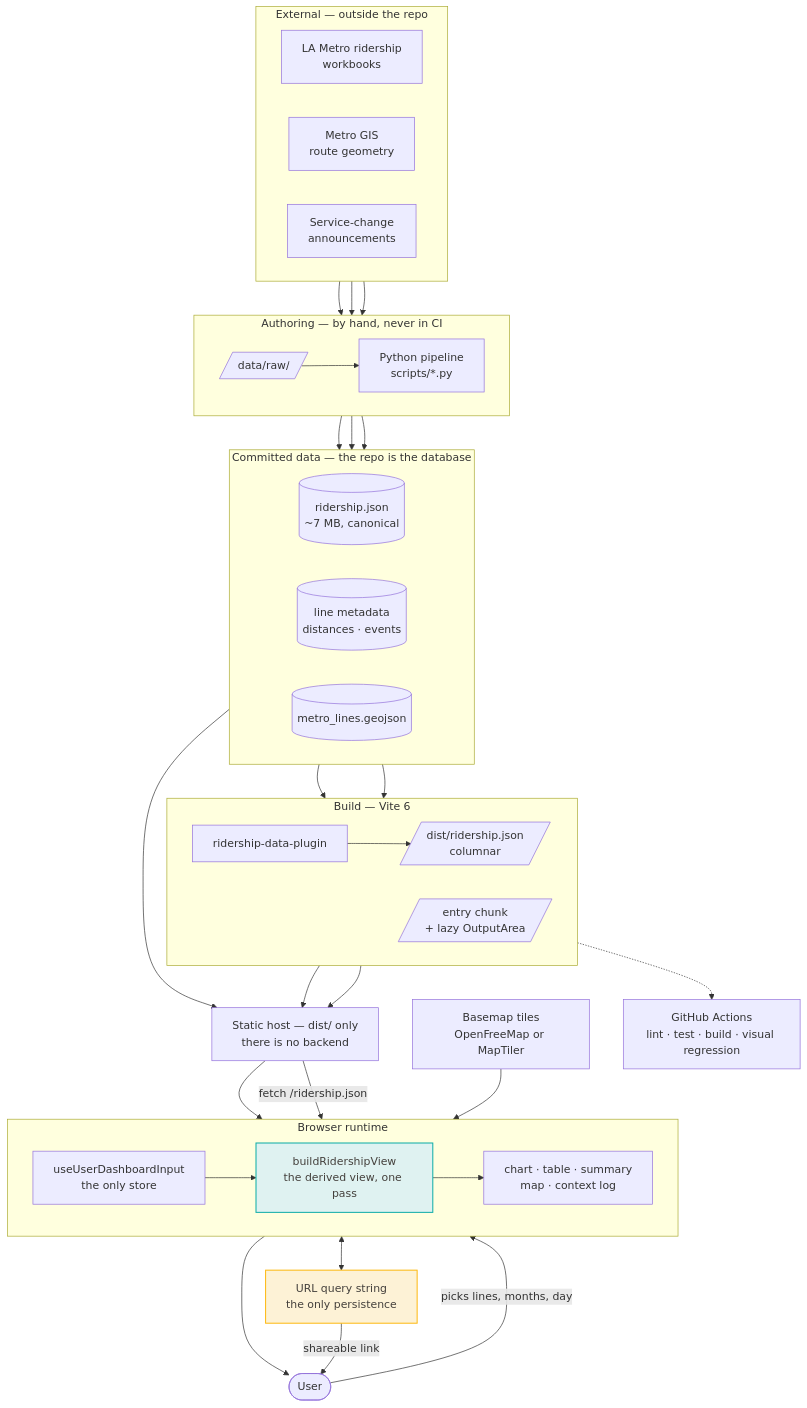
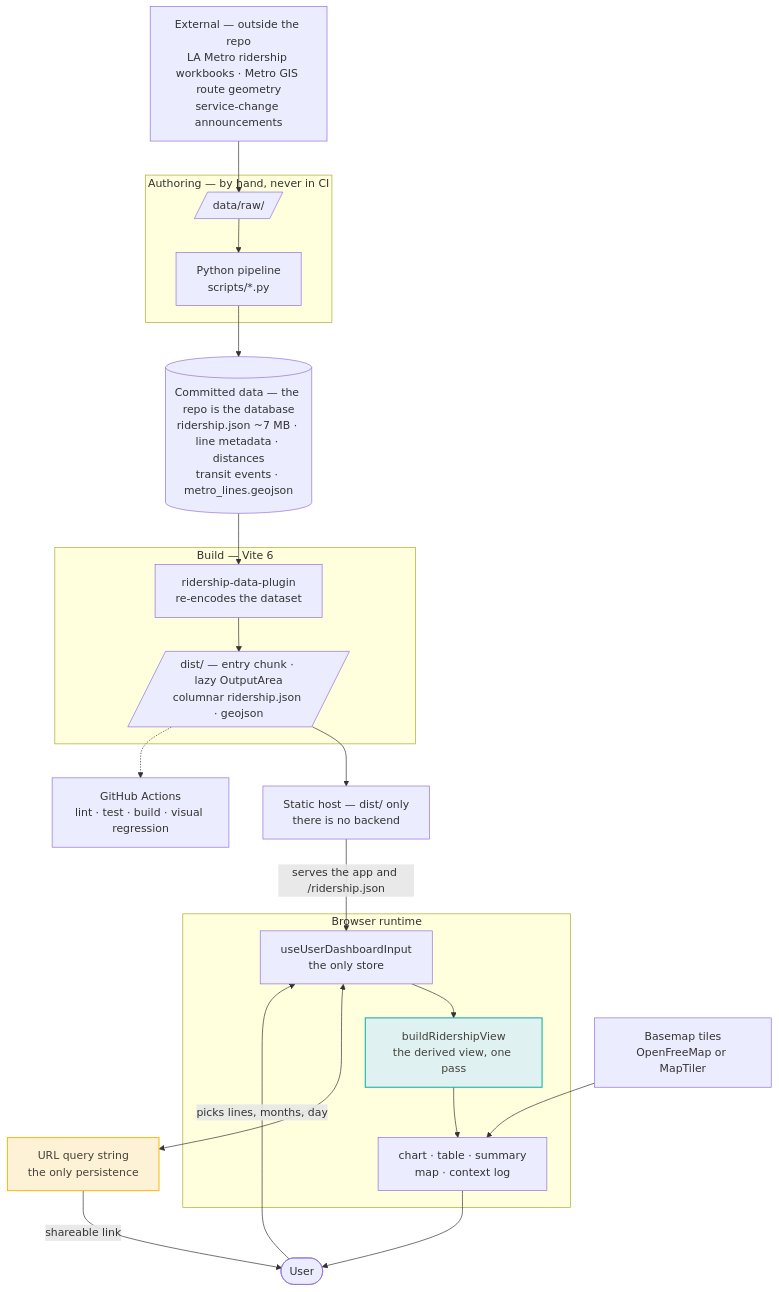
The diagram in docs/architecture/mermaid/01-whole-system.mmd (streetsforall/metro_ridership_app), drawn with Mermaid before and after one commit. The commit also changed 9 other files, not shown here.

```diff
--- a/docs/architecture/mermaid/01-whole-system.mmd
+++ b/docs/architecture/mermaid/01-whole-system.mmd
@@ -1,73 +1,49 @@
 flowchart TB
-  subgraph ext["External — outside the repo"]
-    direction LR
-    metroXlsx["LA Metro ridership<br/>workbooks"]
-    metroGis["Metro GIS<br/>route geometry"]
-    announce["Service-change<br/>announcements"]
-  end
+  ext["External — outside the repo<br/>LA Metro ridership workbooks · Metro GIS route geometry<br/>service-change announcements"]
 
   subgraph authoring["Authoring — by hand, never in CI"]
-    direction LR
     raw[/"data/raw/"/]
     py["Python pipeline<br/>scripts/*.py"]
     raw --> py
   end
 
-  subgraph committed["Committed data — the repo is the database"]
-    direction LR
-    canonical[("ridership.json<br/>~7 MB, canonical")]
-    meta[("line metadata<br/>distances · events")]
-    geo[("metro_lines.geojson")]
-  end
+  committed[("Committed data — the repo is the database<br/>ridership.json ~7 MB · line metadata · distances<br/>transit events · metro_lines.geojson")]
 
   subgraph build["Build — Vite 6"]
-    direction LR
-    plugin["ridership-data-plugin"]
-    columnar[/"dist/ridership.json<br/>columnar"/]
-    chunks[/"entry chunk<br/>+ lazy OutputArea"/]
-    plugin --> columnar
+    plugin["ridership-data-plugin<br/>re-encodes the dataset"]
+    dist[/"dist/ — entry chunk · lazy OutputArea<br/>columnar ridership.json · geojson"/]
+    plugin --> dist
   end
 
   host["Static host — dist/ only<br/>there is no backend"]
 
   subgraph browser["Browser runtime"]
-    direction LR
     hook["useUserDashboardInput<br/>the only store"]
     view["buildRidershipView<br/>the derived view, one pass"]
     ui["chart · table · summary<br/>map · context log"]
     hook --> view --> ui
   end
 
   urlbar["URL query string<br/>the only persistence"]
   user(["User"])
   tiles["Basemap tiles<br/>OpenFreeMap or MapTiler"]
   ci["GitHub Actions<br/>lint · test · build · visual regression"]
 
-  metroXlsx --> raw
-  metroGis --> py
-  announce --> py
-  py --> canonical
-  py --> meta
-  py --> geo
-
-  canonical --> plugin
-  meta --> chunks
-  columnar --> host
-  chunks --> host
-  geo --> host
-
-  host --> hook
-  host -- "fetch /ridership.json" --> view
+  ext --> raw
+  py --> committed
+  committed --> plugin
+  dist --> host
+  host -- "serves the app and /ridership.json" --> hook
   tiles --> ui
 
   ui --> user
   user -- "picks lines, months, day" --> hook
   hook <--> urlbar
   urlbar -- "shareable link" --> user
 
-  chunks -.-> ci
+  dist -.-> ci
 
   classDef key fill:#dff2f1,stroke:#0fada8,stroke-width:1.5px,color:#44403c
   classDef pending fill:#fdf2d6,stroke:#fdb913,stroke-width:1.5px,color:#44403c
   class view key
   class urlbar pending
```
